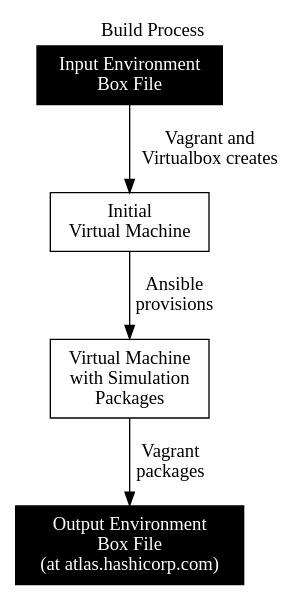
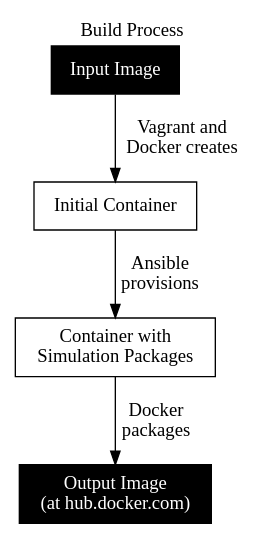
The diagram in docs/images/graphs/container_build.dot (computationalmodelling/virtualmicromagnetics), drawn with Graphviz before and after one commit. The commit also changed 3 other files, not shown here.

Commit message:
DOC-047: Update graph files.

```diff
--- a/docs/images/graphs/container_build.dot
+++ b/docs/images/graphs/container_build.dot
@@ -1,24 +1,24 @@
 digraph "build-process" {
     margin=0
 
     // Add title
     fontname="verdana bold"
     labelloc = "t"
     label = "Build Process"
 
     // Define nodes and style
     node [fillcolor=black, fontcolor=white, fontname="verdana",
           margin="0.1, 0.1", rankdir="UD", shape=rect, style=filled]
-    a [label="Input Environment\nBox File"]
-    b [label="Initial\nVirtual Machine",
+    a [label="Input Image"]
+    b [label="Initial Container",
        fillcolor=white fontcolor=black]
-    c [label="Virtual Machine\nwith Simulation\nPackages",
+    c [label="Container with\nSimulation Packages",
        fillcolor=white fontcolor=black]
-    d [label="Output Environment\nBox File\n(at atlas.hashicorp.com)"]
+    d [label="Output Image\n(at hub.docker.com)"]
 
     // Define edges and style
     edge [fontname="verdana"]
-    a -> b [label="Vagrant and\nVirtualbox creates"]
+    a -> b [label="Vagrant and\nDocker creates"]
     b -> c [label="Ansible\nprovisions"]
-    c -> d [label="Vagrant\npackages"]
+    c -> d [label="Docker\npackages"]
 }
```
